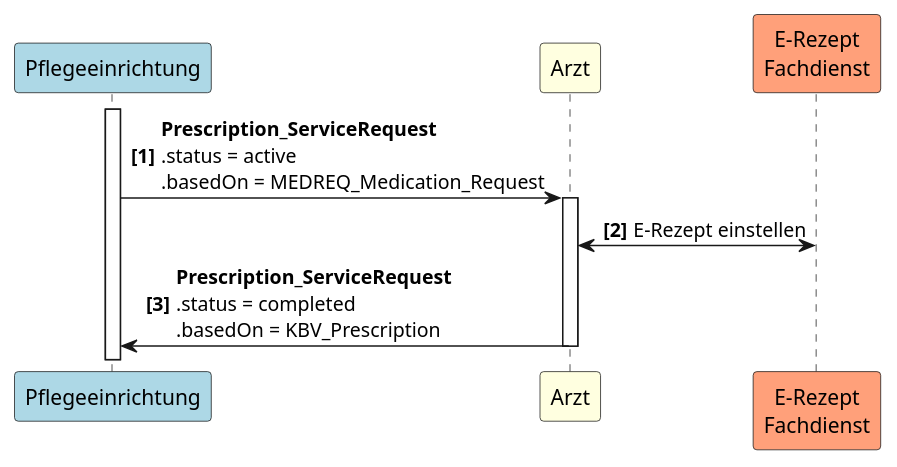
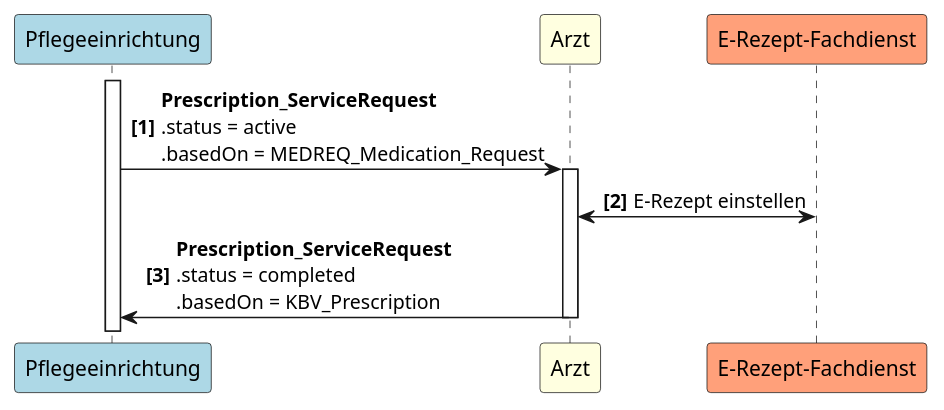
The diagram in Resources/puml/UC3.puml (gematik/spec-E-Rezept-ServiceRequest), drawn with PlantUML before and after one commit. The commit also changed 10 other files, not shown here.

Commit message:
Rename E-Rezept Fachdienst

```diff
--- a/Resources/puml/UC3.puml
+++ b/Resources/puml/UC3.puml
@@ -1,11 +1,11 @@
 @startuml UC3
 autonumber "<b>[0]"
 participant Pflegeeinrichtung as PE #LightBlue
 participant Arzt as A #LightYellow
-participant "E-Rezept\nFachdienst" as FD #LightSalmon
+participant "E-Rezept-Fachdienst" as FD #LightSalmon
 
 activate PE
 PE -> A++: <b>Prescription_ServiceRequest \n.status = active \n.basedOn = MEDREQ_Medication_Request
 A <-> FD: E-Rezept einstellen
 A -> PE--: <b>Prescription_ServiceRequest \n.status = completed \n.basedOn = KBV_Prescription
 @enduml
```
